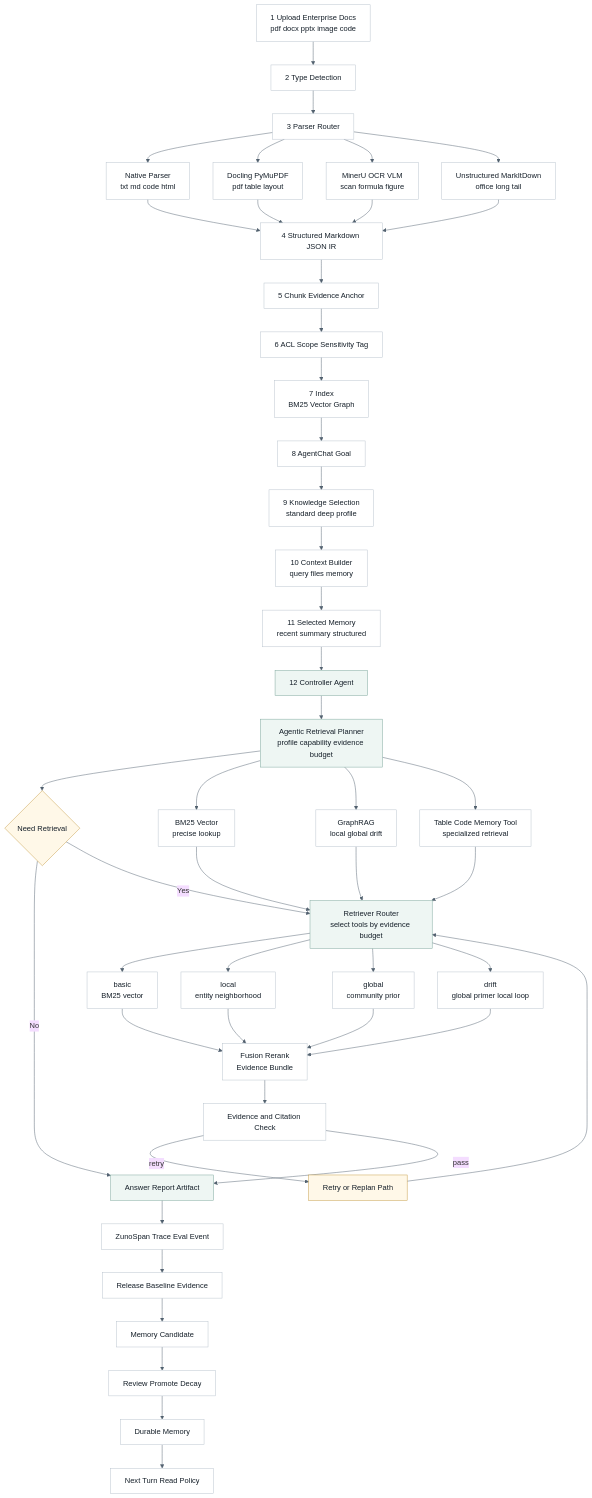
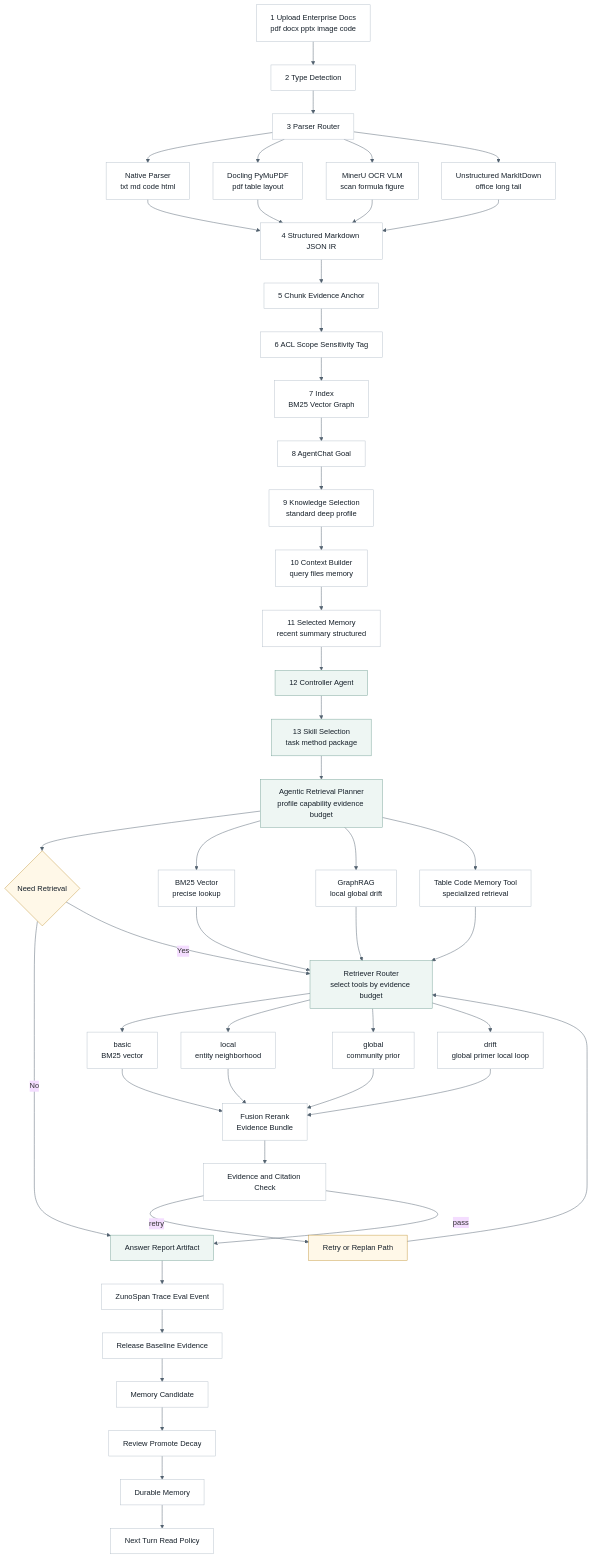
Before and after one commit to ProfessorZhi/Zuno: the fifth of 10 diagrams in .agent/architecture/architecture.md, drawn with Mermaid. The commit also changed other lines of this file and 12 other files, not shown here.

Commit message:
docs: define agent core capability architecture

````diff
--- a/.agent/architecture/architecture.md
+++ b/.agent/architecture/architecture.md
@@ -1495,68 +1611,69 @@
 ```mermaid
 %%{init: {"theme": "base", "themeVariables": {"background": "#f7f8fb", "lineColor": "#52616f"}}}%%
 flowchart TB
   classDef node fill:#ffffff,stroke:#b8c2cc,stroke-width:1px,color:#16202a;
   classDef decision fill:#fff8e8,stroke:#c59b43,stroke-width:1px,color:#16202a;
   classDef accent fill:#eef6f3,stroke:#7aa59a,stroke-width:1px,color:#16202a;
 
   UPLOAD["1 Upload Enterprise Docs<br/>pdf docx pptx image code"]
   TYPE["2 Type Detection"]
   ROUTEPARSE["3 Parser Router"]
   NATIVE["Native Parser<br/>txt md code html"]
   DOCLING["Docling PyMuPDF<br/>pdf table layout"]
   MINERU["MinerU OCR VLM<br/>scan formula figure"]
   UNSTRUCT["Unstructured MarkItDown<br/>office long tail"]
   NORMALIZE["4 Structured Markdown JSON IR"]
   CHUNK["5 Chunk Evidence Anchor"]
   ACL["6 ACL Scope Sensitivity Tag"]
   INDEX["7 Index<br/>BM25 Vector Graph"]
   QUERY["8 AgentChat Goal"]
   PRODUCT["9 Knowledge Selection<br/>standard deep profile"]
   CONTEXT["10 Context Builder<br/>query files memory"]
   MEMORY["11 Selected Memory<br/>recent summary structured"]
   AGENT["12 Controller Agent"]:::accent
+  SKILL["13 Skill Selection<br/>task method package"]:::accent
   MODE["Agentic Retrieval Planner<br/>profile capability evidence budget"]:::accent
   NORMAL["BM25 Vector<br/>precise lookup"]
   ENHANCED["GraphRAG<br/>local global drift"]
   AUTO["Table Code Memory Tool<br/>specialized retrieval"]
   NEED{"Need Retrieval"}:::decision
   ROUTER["Retriever Router<br/>select tools by evidence budget"]:::accent
   BASIC["basic<br/>BM25 vector"]
   LOCAL["local<br/>entity neighborhood"]
   GLOBAL["global<br/>community prior"]
   DRIFT["drift<br/>global primer local loop"]
   FUSION["Fusion Rerank<br/>Evidence Bundle"]
   EVID["Evidence and Citation Check"]
   RETRY["Retry or Replan Path"]:::decision
   ANSWER["Answer Report Artifact"]:::accent
   TRACE["ZunoSpan Trace Eval Event"]
   BASELINE["Release Baseline Evidence"]
   MEMCAND["Memory Candidate"]
   REVIEW["Review Promote Decay"]
   MEMSTORE["Durable Memory"]
   NEXTREAD["Next Turn Read Policy"]
 
   UPLOAD --> TYPE --> ROUTEPARSE
   ROUTEPARSE --> NATIVE --> NORMALIZE
   ROUTEPARSE --> DOCLING --> NORMALIZE
   ROUTEPARSE --> MINERU --> NORMALIZE
   ROUTEPARSE --> UNSTRUCT --> NORMALIZE
   NORMALIZE --> CHUNK --> ACL --> INDEX
-  INDEX --> QUERY --> PRODUCT --> CONTEXT --> MEMORY --> AGENT --> MODE --> NEED
+  INDEX --> QUERY --> PRODUCT --> CONTEXT --> MEMORY --> AGENT --> SKILL --> MODE --> NEED
   MODE --> NORMAL --> ROUTER
   MODE --> ENHANCED --> ROUTER
   MODE --> AUTO --> ROUTER
   NEED -->|No| ANSWER
   NEED -->|Yes| ROUTER
   ROUTER --> BASIC --> FUSION
   ROUTER --> LOCAL --> FUSION
   ROUTER --> GLOBAL --> FUSION
   ROUTER --> DRIFT --> FUSION
   FUSION --> EVID
   EVID -->|retry| RETRY
   RETRY --> ROUTER
   EVID -->|pass| ANSWER
   ANSWER --> TRACE --> BASELINE --> MEMCAND --> REVIEW --> MEMSTORE
   MEMSTORE --> NEXTREAD
   class UPLOAD,TYPE,ROUTEPARSE,NATIVE,DOCLING,MINERU,UNSTRUCT,NORMALIZE,CHUNK,ACL,INDEX,QUERY,PRODUCT,CONTEXT,MEMORY,NORMAL,ENHANCED,AUTO,BASIC,LOCAL,GLOBAL,DRIFT,FUSION,EVID,TRACE,BASELINE,MEMCAND,REVIEW,MEMSTORE,NEXTREAD node;
 ```
````
